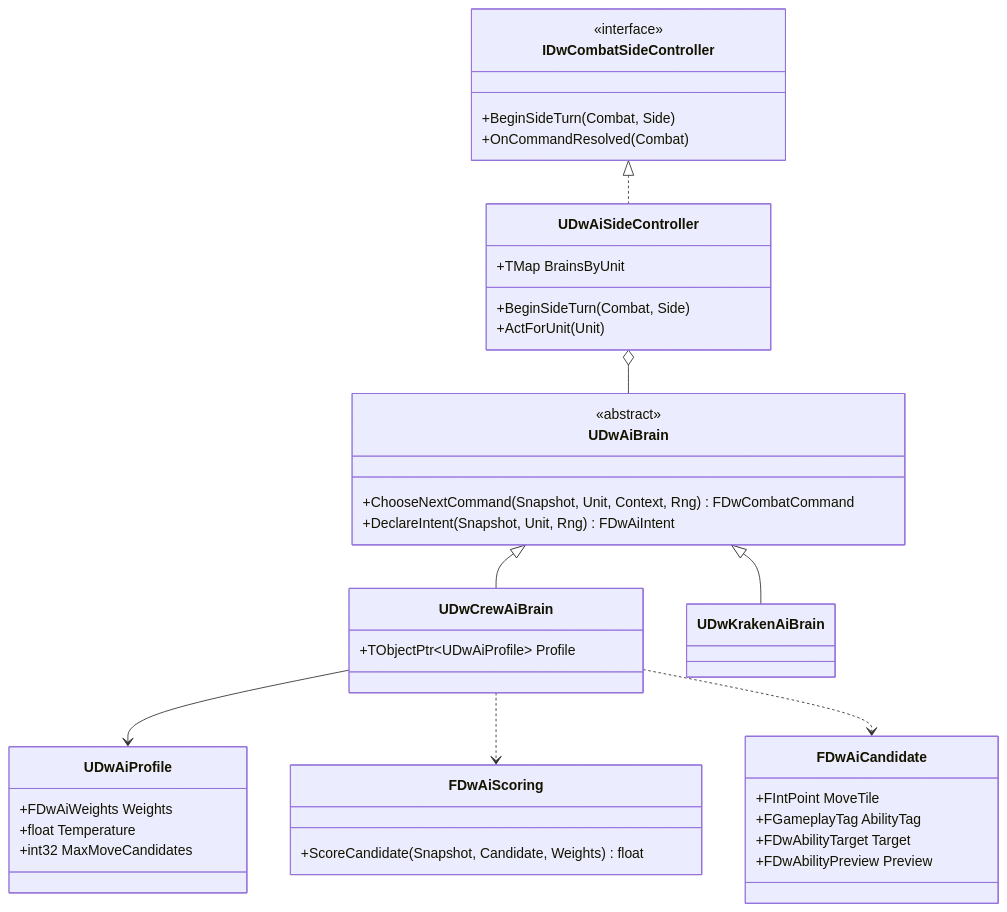
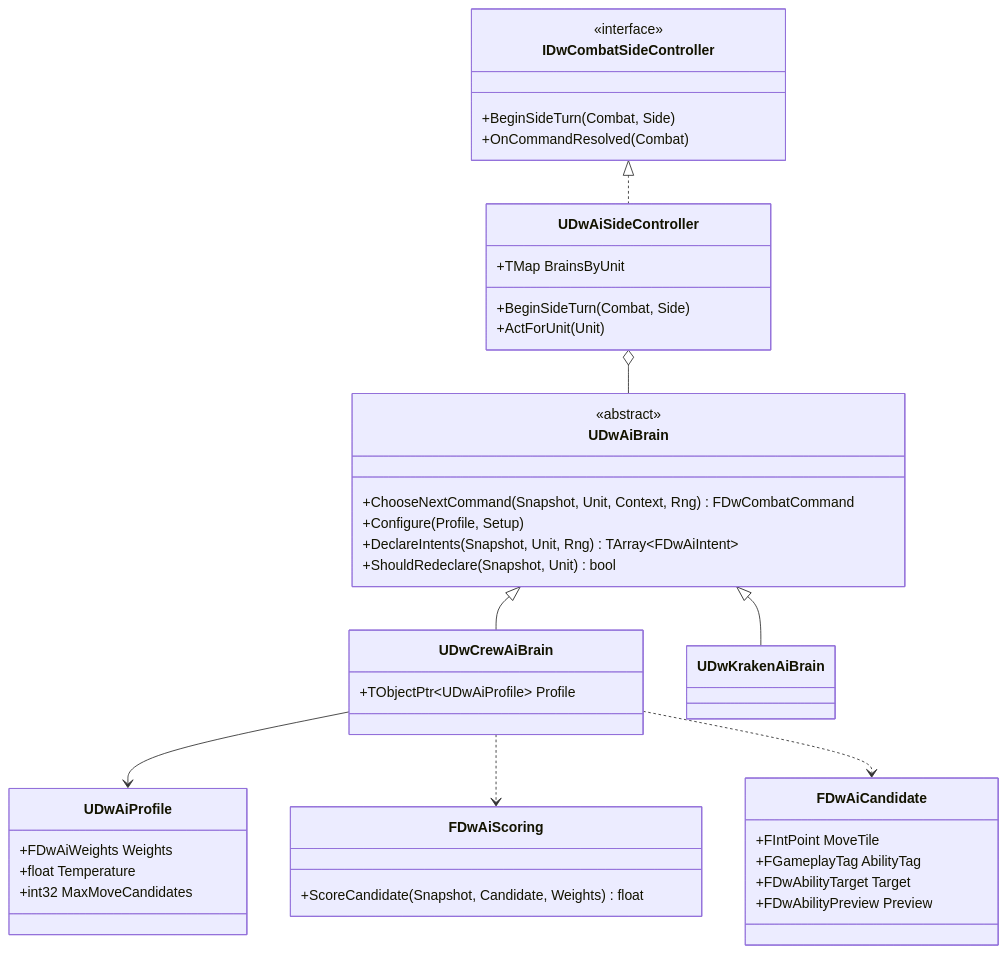
One commit to bhillig/deadwater-run changed the diagram in Docs/Architecture/07-Enemy-AI.md. Above: the diagram before and after it, drawn with Mermaid. The commit also changed other lines of this file and 129 other files, not shown here.

````diff
--- a/Docs/Architecture/07-Enemy-AI.md
+++ b/Docs/Architecture/07-Enemy-AI.md
@@ -20,43 +20,45 @@
 ```mermaid
 classDiagram
     class IDwCombatSideController {
         <<interface>>
         +BeginSideTurn(Combat, Side)
         +OnCommandResolved(Combat)
     }
     class UDwAiSideController {
         +TMap BrainsByUnit
         +BeginSideTurn(Combat, Side)
         +ActForUnit(Unit)
     }
     class UDwAiBrain {
         <<abstract>>
         +ChooseNextCommand(Snapshot, Unit, Context, Rng) FDwCombatCommand
-        +DeclareIntent(Snapshot, Unit, Rng) FDwAiIntent
+        +Configure(Profile, Setup)
+        +DeclareIntents(Snapshot, Unit, Rng) TArray~FDwAiIntent~
+        +ShouldRedeclare(Snapshot, Unit) bool
     }
     class UDwCrewAiBrain {
         +TObjectPtr~UDwAiProfile~ Profile
     }
     class UDwKrakenAiBrain
     class UDwAiProfile {
         +FDwAiWeights Weights
         +float Temperature
         +int32 MaxMoveCandidates
     }
     class FDwAiScoring {
         +ScoreCandidate(Snapshot, Candidate, Weights) float
     }
     class FDwAiCandidate {
         +FIntPoint MoveTile
         +FGameplayTag AbilityTag
         +FDwAbilityTarget Target
         +FDwAbilityPreview Preview
     }
     IDwCombatSideController <|.. UDwAiSideController
     UDwAiSideController o-- UDwAiBrain
     UDwAiBrain <|-- UDwCrewAiBrain
     UDwAiBrain <|-- UDwKrakenAiBrain
     UDwCrewAiBrain --> UDwAiProfile
     UDwCrewAiBrain ..> FDwAiScoring
     UDwCrewAiBrain ..> FDwAiCandidate
 ```
````
